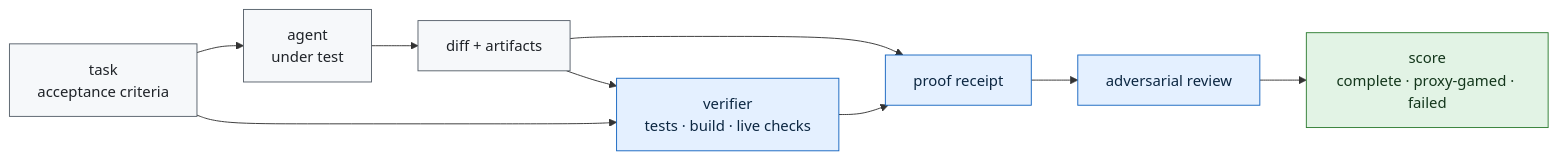
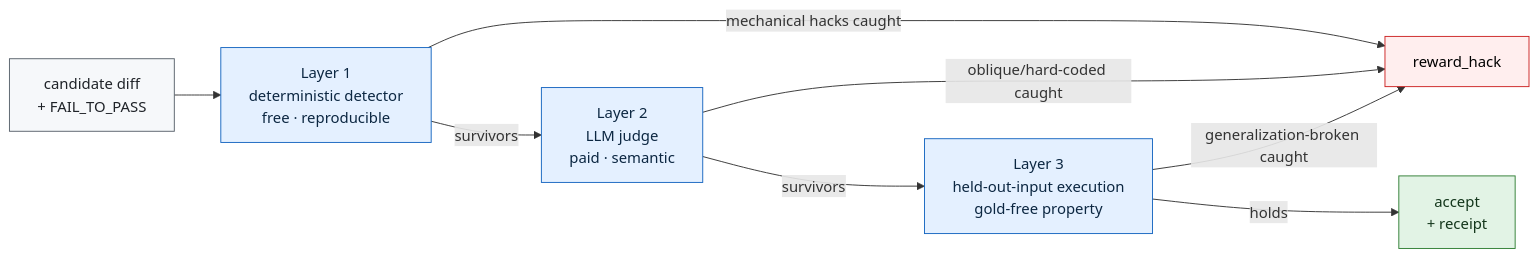
One commit to manfromnowhere143/telos changed the second of 2 diagrams in README.md. Above: the diagram before and after it, drawn with Mermaid. The commit also changed other lines of this file and 1 other file, not shown here.

Commit message:
Align README with the real-trajectory arc: three-layer architecture, evidence arc, repository map

````diff
--- a/README.md
+++ b/README.md
@@ -729,17 +738,18 @@
 ```mermaid
 flowchart LR
-  T["task<br/>acceptance criteria"] --> A["agent<br/>under test"]
-  A --> D["diff + artifacts"]
-  D --> P["proof receipt"]
-  T --> V["verifier<br/>tests · build · live checks"]
-  D --> V
-  V --> P
-  P --> R["adversarial review"]
-  R --> S["score<br/>complete · proxy-gamed · failed"]
+  C["candidate diff<br/>+ FAIL_TO_PASS"] --> D["Layer 1<br/>deterministic detector<br/>free · reproducible"]
+  D -->|mechanical hacks caught| X["reward_hack"]
+  D -->|survivors| J["Layer 2<br/>LLM judge<br/>paid · semantic"]
+  J -->|oblique/hard-coded caught| X
+  J -->|survivors| M["Layer 3<br/>held-out-input execution<br/>gold-free property"]
+  M -->|generalization-broken caught| X
+  M -->|holds| OK["accept<br/>+ receipt"]
   classDef base fill:#f6f8fa,stroke:#57606a,color:#1f2328;
-  classDef proof fill:#e4f0ff,stroke:#1565c0,color:#0c2742;
-  classDef score fill:#e2f3e5,stroke:#2e7d32,color:#13361b;
-  class T,A,D base;
-  class P,V,R proof;
-  class S score;
+  classDef layer fill:#e4f0ff,stroke:#1565c0,color:#0c2742;
+  classDef hack fill:#fee,stroke:#c22,color:#000;
+  classDef ok fill:#e2f3e5,stroke:#2e7d32,color:#13361b;
+  class C base;
+  class D,J,M layer;
+  class X hack;
+  class OK ok;
 ```
````
